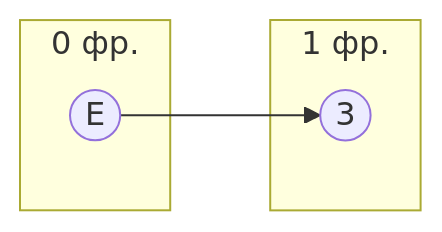
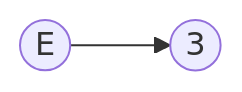
Before and after one commit to algos-ris-24-4/manual-tasks: the tenth of 12 diagrams in Задание 8/slaaay.md, drawn with Mermaid. The commit also changed other lines of this file, not shown here.

````diff
--- a/Задание 8/slaaay.md
+++ b/Задание 8/slaaay.md
@@ -377,10 +319,9 @@
 ```mermaid
 graph LR
-    subgraph " 0 фр."
-        E((E))
-    end
-    subgraph " 1 фр."
-        3((3))
-    end
-    E --> 3 
+    E((E))
+    3((3))
+
+
+    E --> 3
+    
 ```
````
